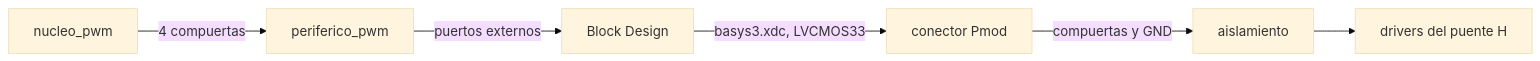
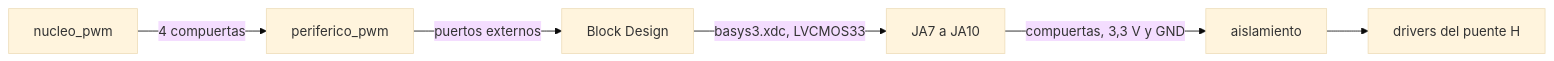
Before and after one commit to Taller-de-diseno-digital-GR01/Proyecto-4-Regulador-PR: the sixth of 6 diagrams in docs/diseño/modulos/nucleo_pwm.md, drawn with Mermaid (base theme). The commit also changed other lines of this file, not shown here.

Commit message:
nucleo_pwm con la polaridad, los pines de JA, el pull-down del aislamiento y PR_U_MAX ya definidos

````diff
--- a/docs/diseño/modulos/nucleo_pwm.md
+++ b/docs/diseño/modulos/nucleo_pwm.md
@@ -301,8 +298,8 @@
 ```mermaid
 flowchart LR
     NUC["nucleo_pwm"] -->|"4 compuertas"| PER["periferico_pwm"]
     PER -->|"puertos externos"| BD["Block Design"]
-    BD -->|"basys3.xdc, LVCMOS33"| PMOD["conector Pmod"]
-    PMOD -->|"compuertas y GND"| AIS["aislamiento"]
+    BD -->|"basys3.xdc, LVCMOS33"| PMOD["JA7 a JA10"]
+    PMOD -->|"compuertas, 3,3 V y GND"| AIS["aislamiento"]
     AIS --> DRV["drivers del puente H"]
 ```
````
